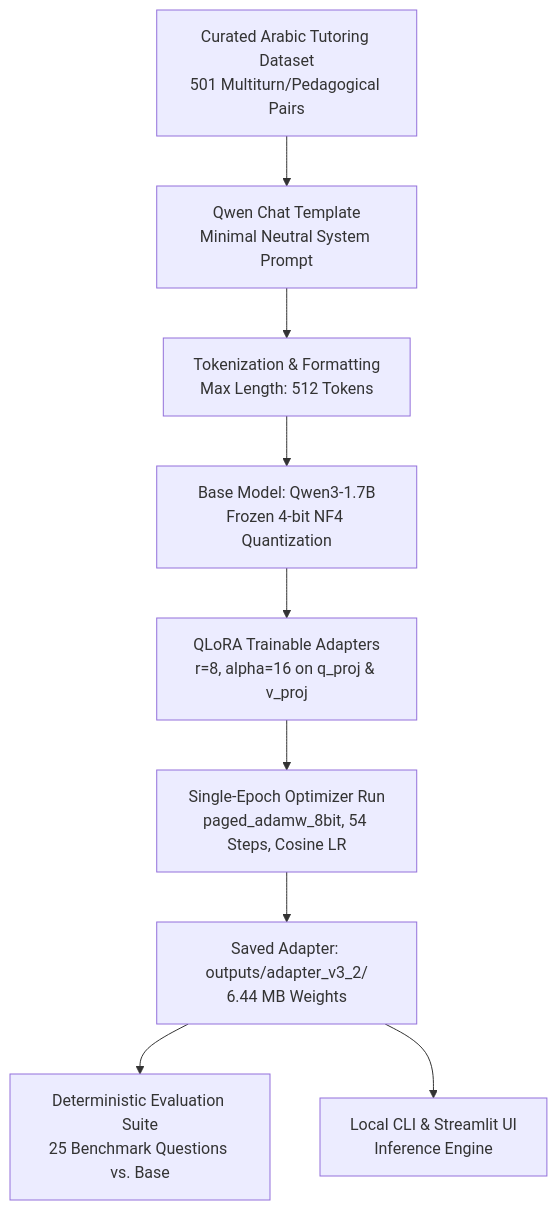
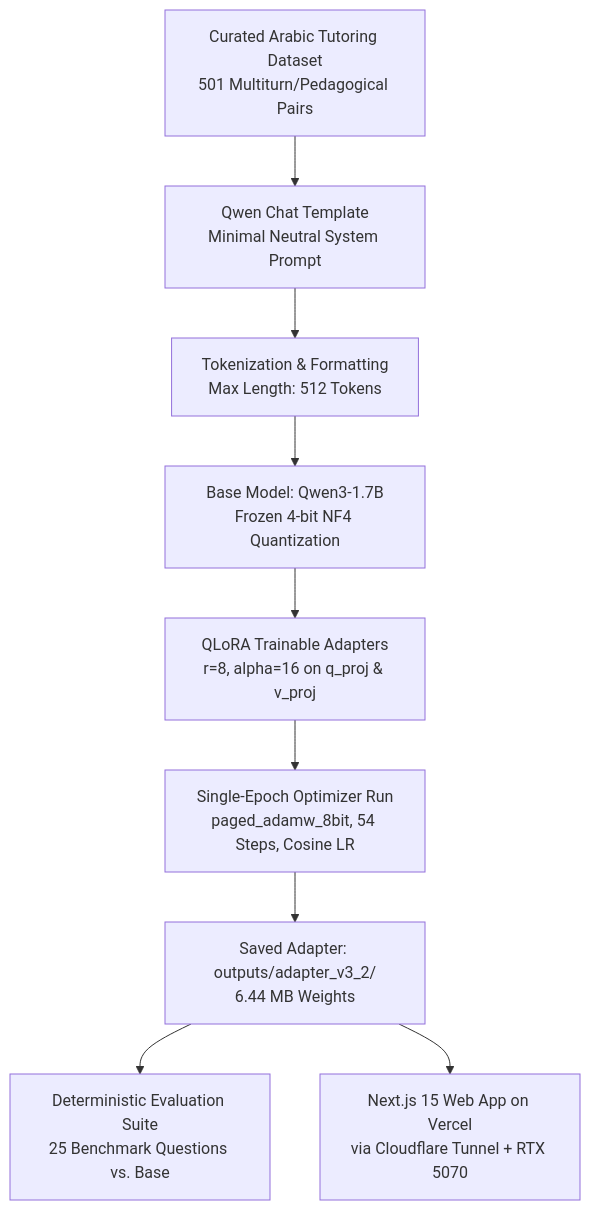
Before and after one commit to Abo0wael/Arabic-Ai-Tutor-Qlora: the diagram in README.md, drawn with Mermaid. The commit also changed other lines of this file, not shown here.

Commit message:
docs: Update Mermaid diagram, add live Vercel deployment badge, and link live app

````diff
--- a/README.md
+++ b/README.md
@@ -32,11 +39,11 @@
 ```mermaid
 flowchart TD
     A[Curated Arabic Tutoring Dataset<br/>501 Multiturn/Pedagogical Pairs] --> B[Qwen Chat Template<br/>Minimal Neutral System Prompt]
     B --> C[Tokenization & Formatting<br/>Max Length: 512 Tokens]
     C --> D[Base Model: Qwen3-1.7B<br/>Frozen 4-bit NF4 Quantization]
     D --> E[QLoRA Trainable Adapters<br/>r=8, alpha=16 on q_proj & v_proj]
     E --> F[Single-Epoch Optimizer Run<br/>paged_adamw_8bit, 54 Steps, Cosine LR]
     F --> G[Saved Adapter: outputs/adapter_v3_2/<br/>6.44 MB Weights]
     G --> H[Deterministic Evaluation Suite<br/>25 Benchmark Questions vs. Base]
-    G --> I[Local CLI & Streamlit UI<br/>Inference Engine]
+    G --> I[Next.js 15 Web App on Vercel<br/>via Cloudflare Tunnel + RTX 5070]
 ```
````
